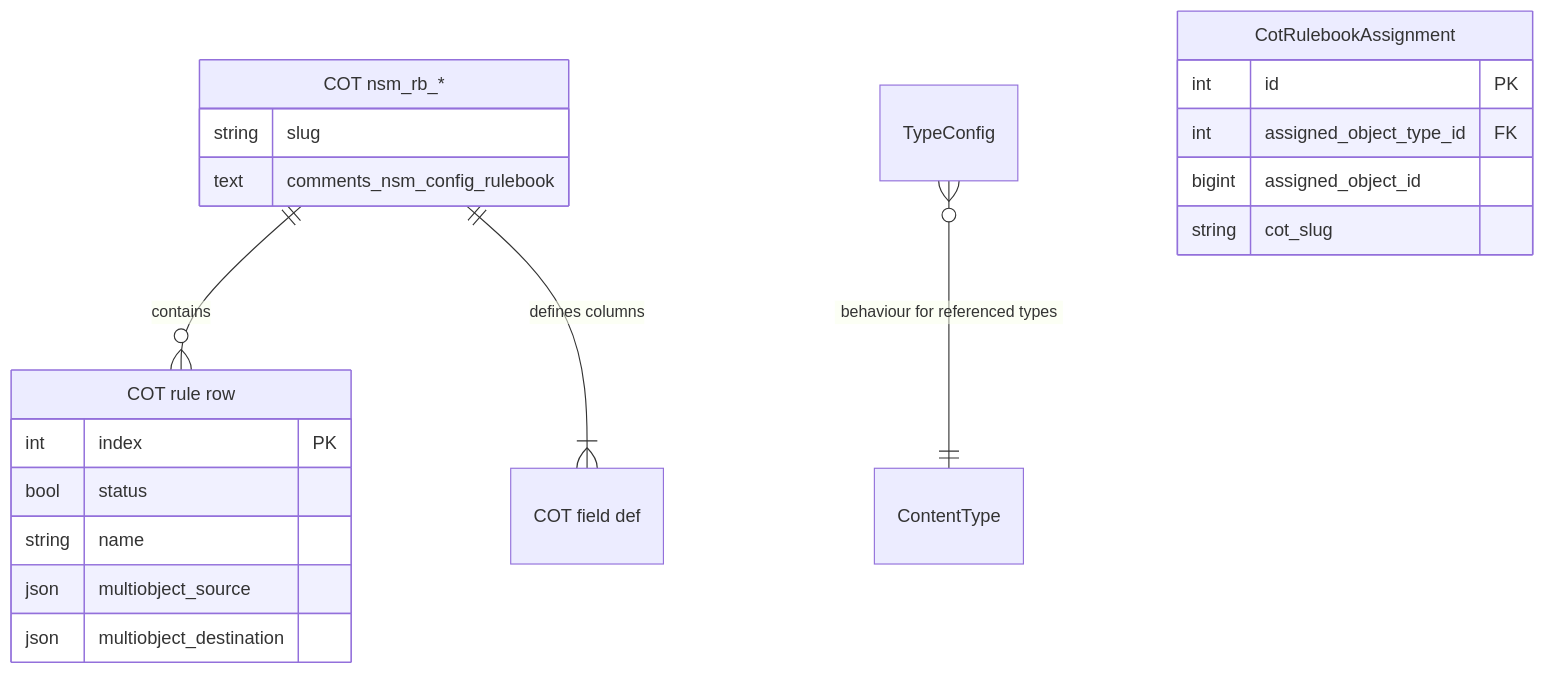
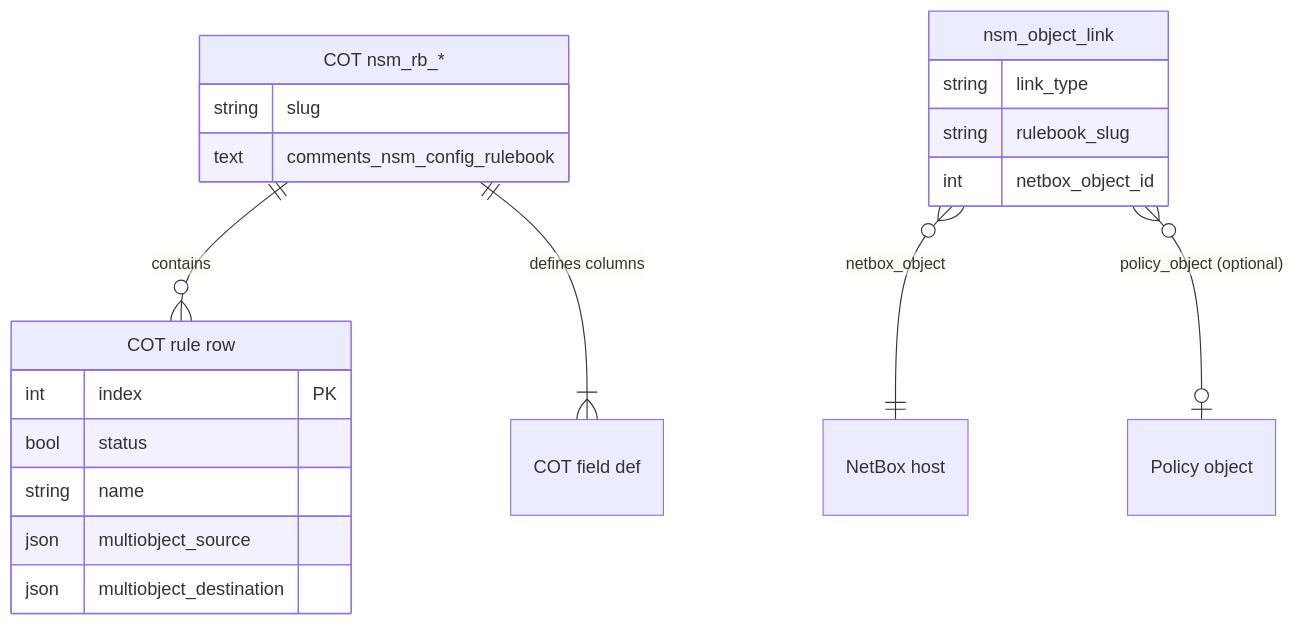
Before and after one commit to christianbur/netbox-nsm: the second of 5 diagrams in docs/RULE_DATA_STORAGE.md, drawn with Mermaid. The commit also changed other lines of this file and 84 other files, not shown here.

First line of the commit message:
Release v0.4.5: COT permissions, Object Config merge fixes, cleanup

````diff
--- a/docs/RULE_DATA_STORAGE.md
+++ b/docs/RULE_DATA_STORAGE.md
@@ -65,26 +66,26 @@
 ```mermaid
 erDiagram
     "COT nsm_rb_*" ||--o{ "COT rule row" : "contains"
     "COT nsm_rb_*" ||--|{ "COT field def" : "defines columns"
-    TypeConfig }o--|| ContentType : "behaviour for referenced types"
+    "nsm_object_link" }o--|| "NetBox host" : "netbox_object"
+    "nsm_object_link" }o--o| "Policy object" : "policy_object (optional)"
 
     "COT rule row" {
         int index PK
         bool status
         string name
         json multiobject_source
         json multiobject_destination
     }
 
     "COT nsm_rb_*" {
         string slug
         text comments_nsm_config_rulebook
     }
 
-    CotRulebookAssignment {
-        int id PK
-        int assigned_object_type_id FK
-        bigint assigned_object_id
-        string cot_slug
+    "nsm_object_link" {
+        string link_type
+        string rulebook_slug
+        int netbox_object_id
     }
 ```
````
